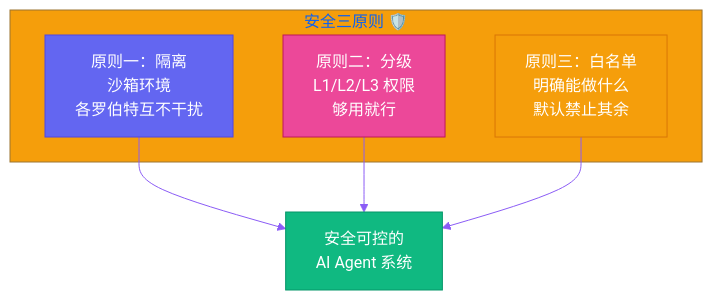
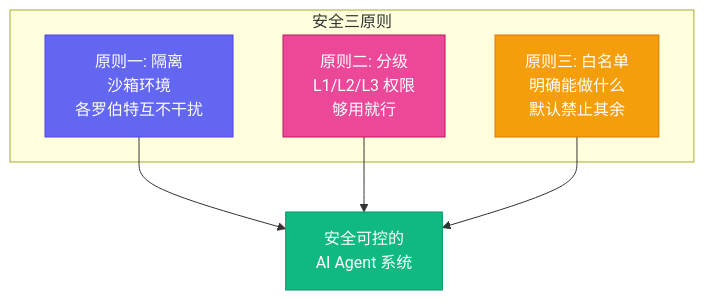
The diagram in posts/yason-and-roberts/zh/ch09.md (VokoForge/ai-prism), drawn with Mermaid before and after one commit. The commit also changed 31 other files, not shown here.

First line of the commit message:
✨ Rewrite all articles: hook titles, Mermaid diagrams, engaging style

````diff
--- a/posts/yason-and-roberts/zh/ch09.md
+++ b/posts/yason-and-roberts/zh/ch09.md
@@ -39,18 +39,17 @@
 ```mermaid
-%%{init: {'theme': 'base', 'themeVariables': {'primaryColor': '#6366f1','primaryTextColor': '#fff','primaryBorderColor': '#4f46e5','lineColor': '#8b5cf6','secondaryColor': '#ec4899','tertiaryColor': '#f59e0b'}}}%%
 graph TB
-    subgraph "安全三原则 🛡️"
-        P1["原则一：隔离<br>沙箱环境<br>各罗伯特互不干扰"]
-        P2["原则二：分级<br>L1/L2/L3 权限<br>够用就行"]
-        P3["原则三：白名单<br>明确能做什么<br>默认禁止其余"]
+    subgraph "安全三原则"
+        P1["原则一: 隔离<br>沙箱环境<br>各罗伯特互不干扰"]
+        P2["原则二: 分级<br>L1/L2/L3 权限<br>够用就行"]
+        P3["原则三: 白名单<br>明确能做什么<br>默认禁止其余"]
     end
 
     P1 --> R["安全可控的<br>AI Agent 系统"]
     P2 --> R
     P3 --> R
 
     style P1 fill:#6366f1,stroke:#4f46e5,color:#fff
     style P2 fill:#ec4899,stroke:#be185d,color:#fff
     style P3 fill:#f59e0b,stroke:#d97706,color:#fff
     style R fill:#10b981,stroke:#059669,color:#fff
 ```
````
